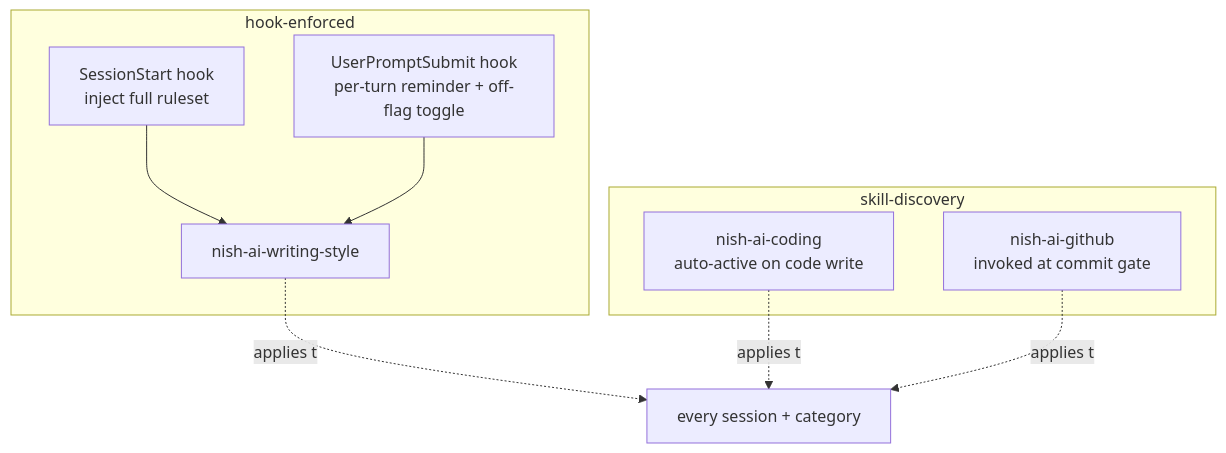
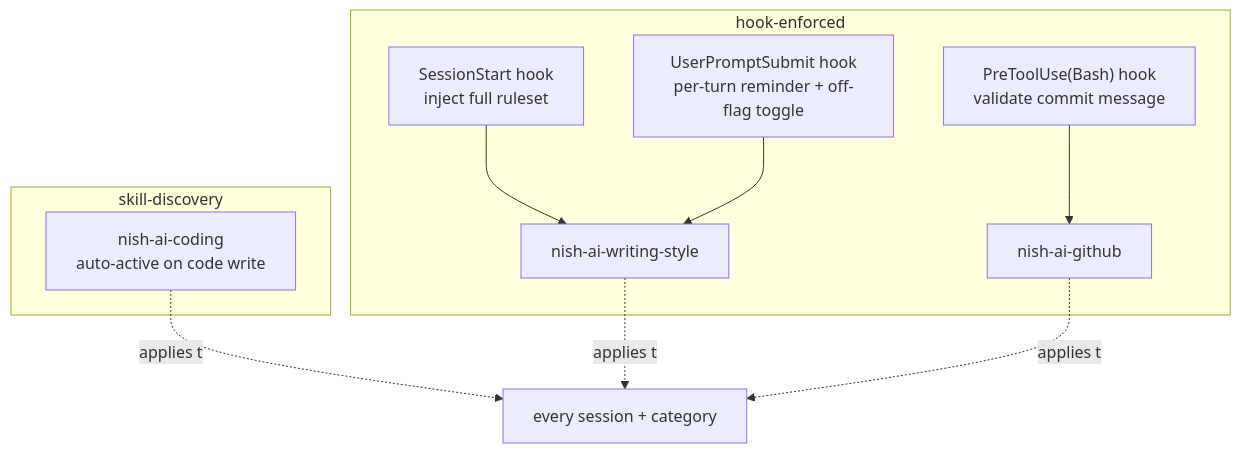
Before and after one commit to ubunish/nish-ai: the third of 3 diagrams in README.md, drawn with Mermaid. The commit also changed other lines of this file and 2 other files, not shown here.

Commit message:
feat: validate commit format via pretooluse hook

````diff
--- a/README.md
+++ b/README.md
@@ -86,16 +88,17 @@
 ```mermaid
 flowchart TD
     subgraph hook["hook-enforced"]
         SS["SessionStart hook<br/>inject full ruleset"]
         UP["UserPromptSubmit hook<br/>per-turn reminder + off-flag toggle"]
+        PV["PreToolUse(Bash) hook<br/>validate commit message"]
         SS --> WS["nish-ai-writing-style"]
         UP --> WS
+        PV --> GH["nish-ai-github"]
     end
     subgraph disc["skill-discovery"]
         CD["nish-ai-coding<br/>auto-active on code write"]
-        GH["nish-ai-github<br/>invoked at commit gate"]
     end
     WS -.applies to.-> ALL["every session + category"]
     CD -.applies to.-> ALL
     GH -.applies to.-> ALL
 ```
````
